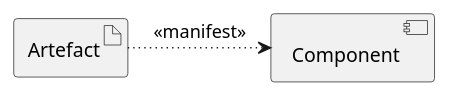
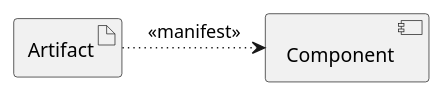
One commit to gigl-uml/Guide_uml_polymtl changed the diagram in plant_uml/manifestationRelationshipExample.plantuml. Above: the diagram before and after it, drawn with PlantUML. The commit also changed 17 other files, not shown here.

Commit message:
Added deployment section of deployment diagram

```diff
--- a/plant_uml/manifestationRelationshipExample.plantuml
+++ b/plant_uml/manifestationRelationshipExample.plantuml
@@ -1,8 +1,8 @@
 @startuml
 
-artifact Artefact
+artifact Artifact
 component Component
 
-Artefact -[dotted]r-> Component : <<manifest>>
+Artifact -[dotted]r-> Component : <<manifest>>
 
 @enduml
```
